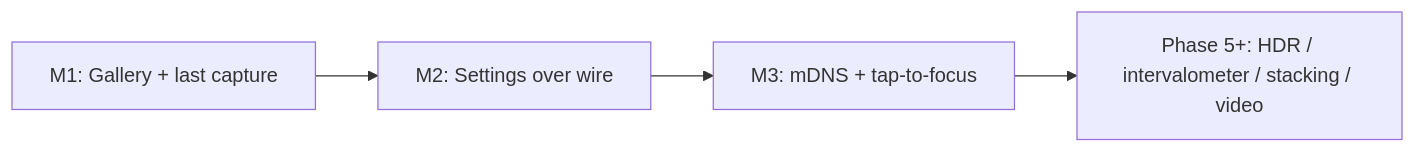
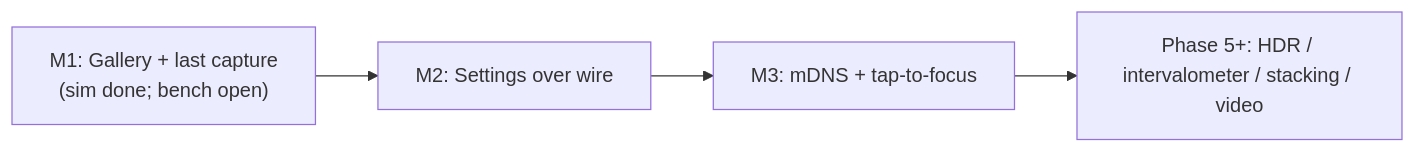
Before and after one commit to cjlawson02/5dcontrol: the second of 4 diagrams in docs/ROADMAP.md, drawn with Mermaid. The commit also changed other lines of this file and 34 other files, not shown here.

````diff
--- a/docs/ROADMAP.md
+++ b/docs/ROADMAP.md
@@ -114,6 +118,6 @@
 ```mermaid
 flowchart LR
-  M1["M1: Gallery + last capture"] --> M2["M2: Settings over wire"]
+  M1["M1: Gallery + last capture<br/>(sim done; bench open)"] --> M2["M2: Settings over wire"]
   M2 --> M3["M3: mDNS + tap-to-focus"]
   M3 --> Later["Phase 5+: HDR / intervalometer / stacking / video"]
 ```
````
